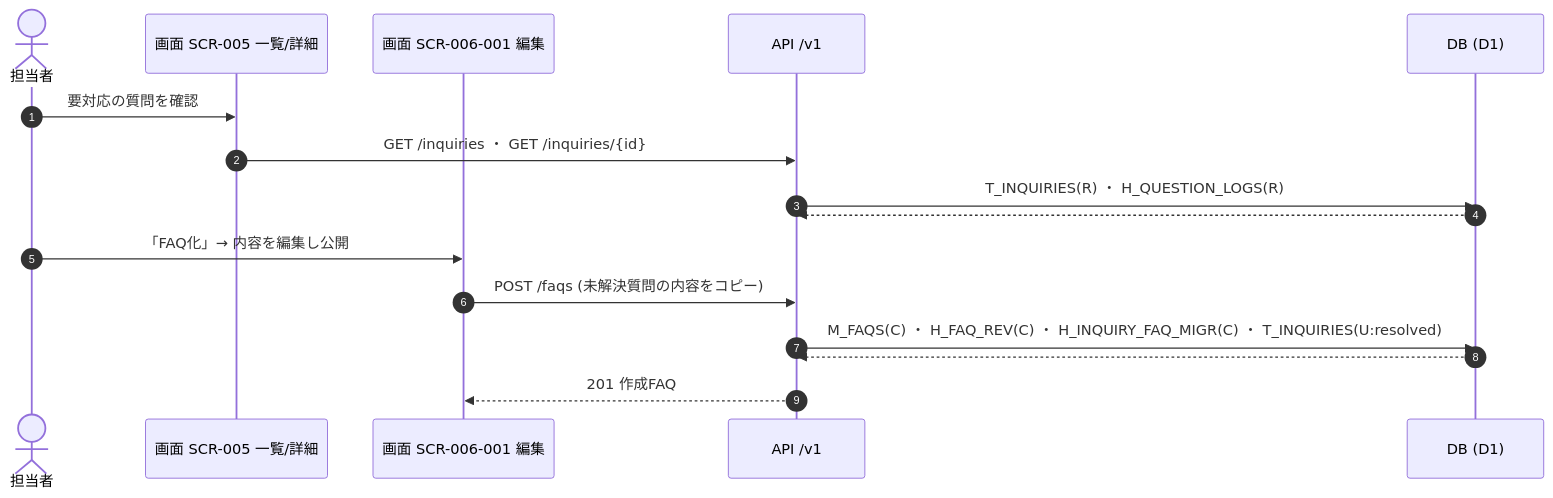
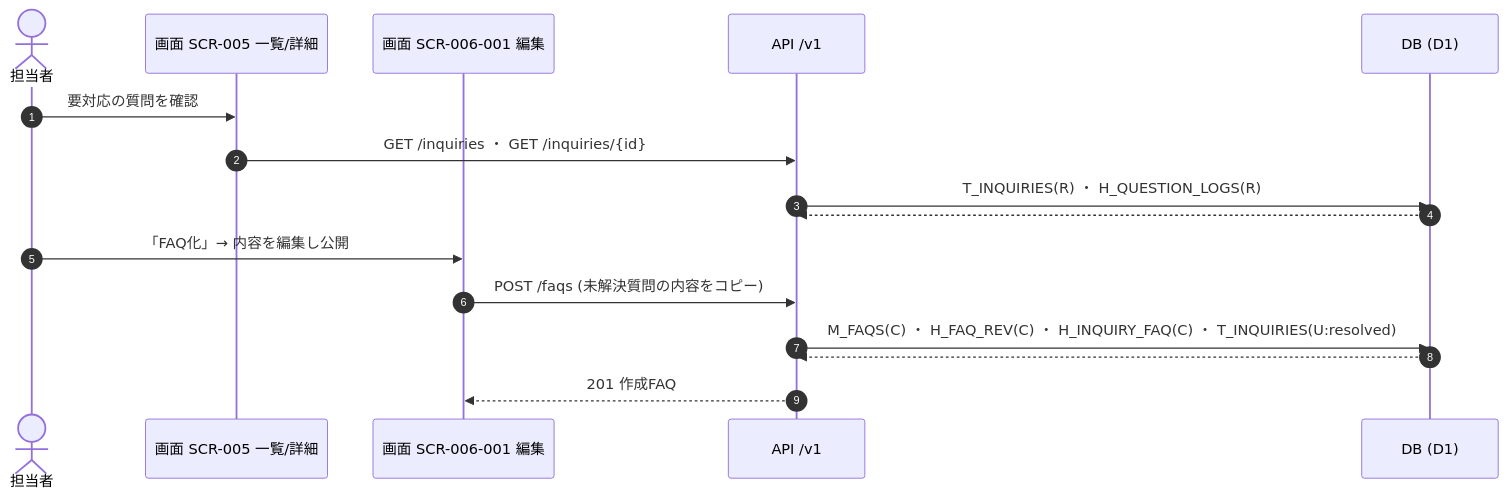
The eighth of 10 diagrams in 02_basic-design/04_usecase-design.md (sikakou54/open-faq), drawn with Mermaid before and after one commit. The commit also changed 4 other files, not shown here.

First line of the commit message:
DB設計: 履歴テーブルを H_INQUIRY_FAQ へ改称し、趣旨説明コメントを削除

````diff
--- a/02_basic-design/04_usecase-design.md
+++ b/02_basic-design/04_usecase-design.md
@@ -344,18 +344,18 @@
 ```mermaid
 sequenceDiagram
   autonumber
   actor M as 担当者
   participant S5 as 画面 SCR-005 一覧/詳細
   participant SE as 画面 SCR-006-001 編集
   participant API as API /v1
   participant DB as DB (D1)
   M->>S5: 要対応の質問を確認
   S5->>API: GET /inquiries ・ GET /inquiries/{id}
   API->>DB: T_INQUIRIES(R) ・ H_QUESTION_LOGS(R)
   DB-->>API: 
   M->>SE: 「FAQ化」→ 内容を編集し公開
   SE->>API: POST /faqs (未解決質問の内容をコピー)
-  API->>DB: M_FAQS(C) ・ H_FAQ_REV(C) ・ H_INQUIRY_FAQ_MIGR(C) ・ T_INQUIRIES(U:resolved)
+  API->>DB: M_FAQS(C) ・ H_FAQ_REV(C) ・ H_INQUIRY_FAQ(C) ・ T_INQUIRIES(U:resolved)
   DB-->>API: 
   API-->>SE: 201 作成FAQ
 ```
````
